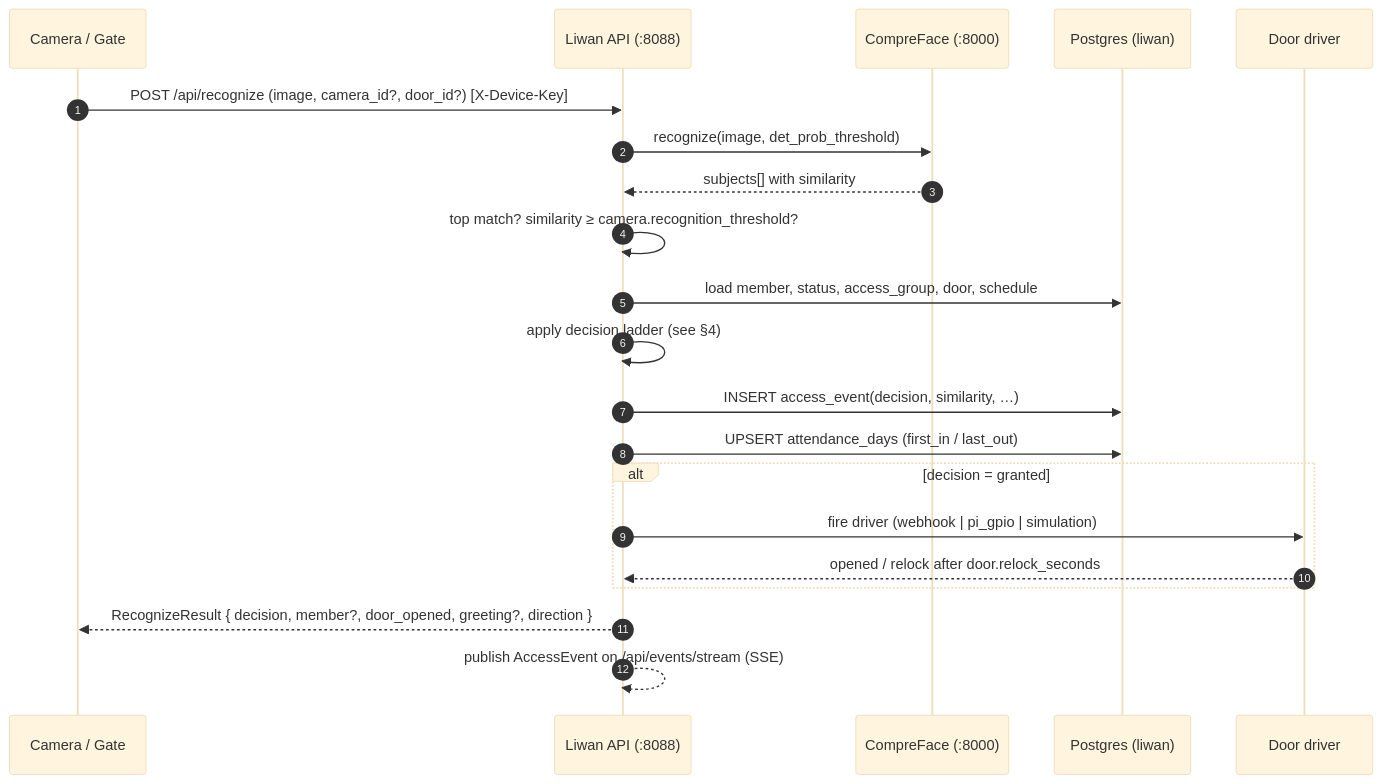
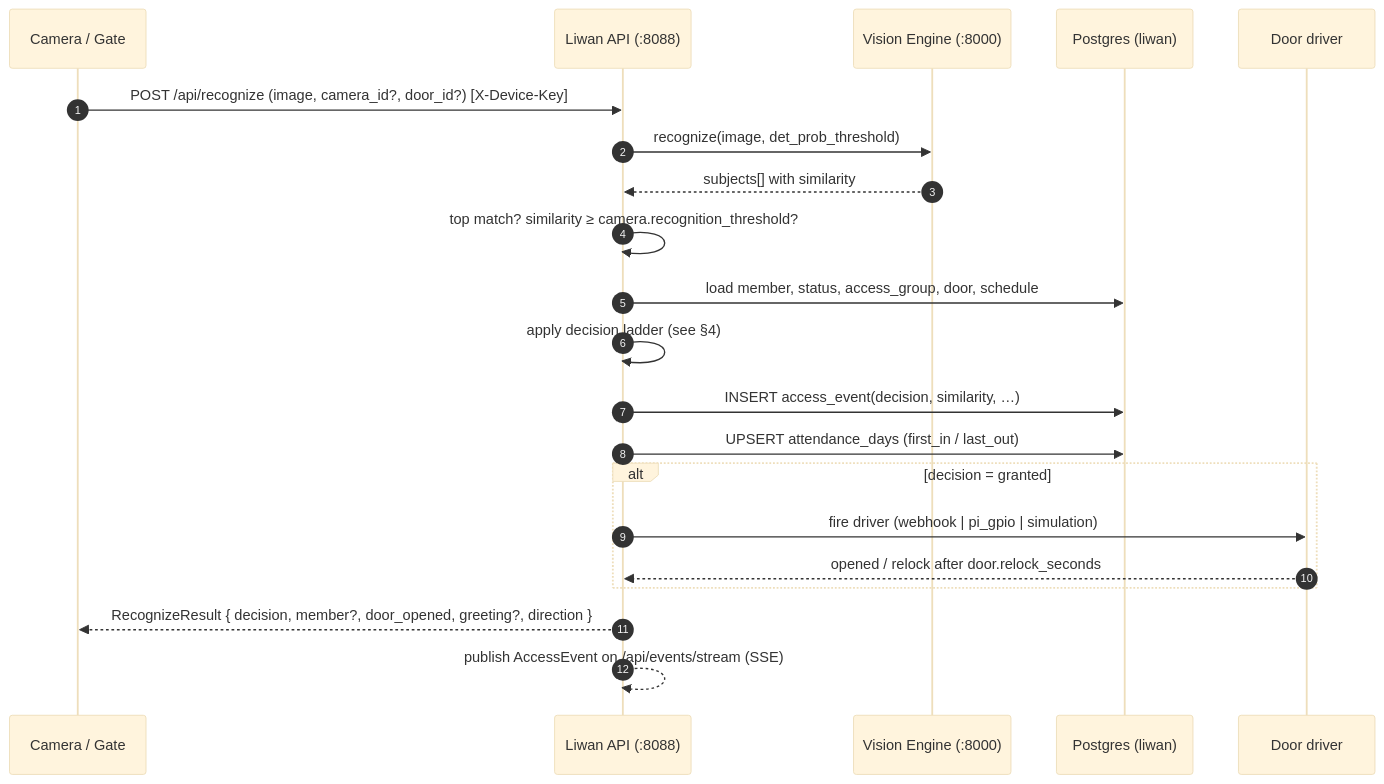
The first of 2 diagrams in docs/ARCHITECTURE.md (badrmellal/attendyo), drawn with Mermaid (base theme) before and after one commit. The commit also changed other lines of this file and 85 other files, not shown here.

````diff
--- a/docs/ARCHITECTURE.md
+++ b/docs/ARCHITECTURE.md
@@ -39,24 +39,24 @@
 ```mermaid
 sequenceDiagram
     autonumber
     participant D as Camera / Gate
     participant A as Liwan API (:8088)
-    participant C as CompreFace (:8000)
+    participant C as Vision Engine (:8000)
     participant P as Postgres (liwan)
     participant R as Door driver
 
     D->>A: POST /api/recognize (image, camera_id?, door_id?)  [X-Device-Key]
     A->>C: recognize(image, det_prob_threshold)
     C-->>A: subjects[] with similarity
     A->>A: top match? similarity ≥ camera.recognition_threshold?
     A->>P: load member, status, access_group, door, schedule
     A->>A: apply decision ladder (see §4)
     A->>P: INSERT access_event(decision, similarity, …)
     A->>P: UPSERT attendance_days (first_in / last_out)
     alt decision = granted
         A->>R: fire driver (webhook | pi_gpio | simulation)
         R-->>A: opened / relock after door.relock_seconds
     end
     A-->>D: RecognizeResult { decision, member?, door_opened, greeting?, direction }
     A-->>A: publish AccessEvent on /api/events/stream (SSE)
 ```
````
